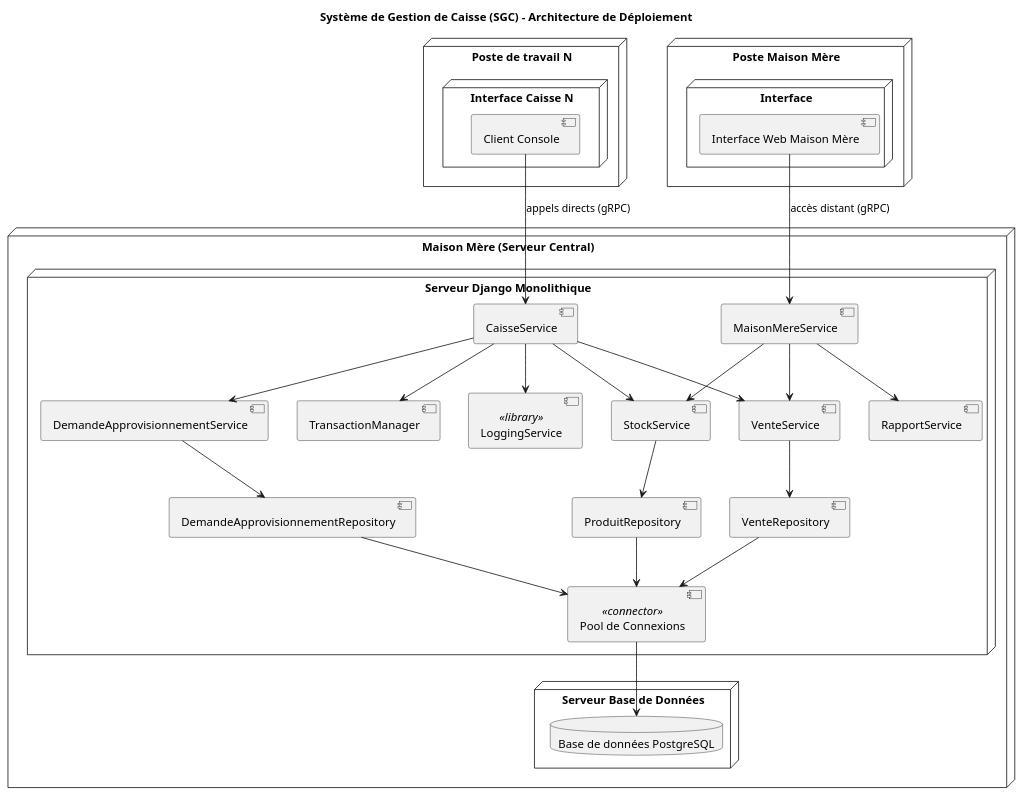
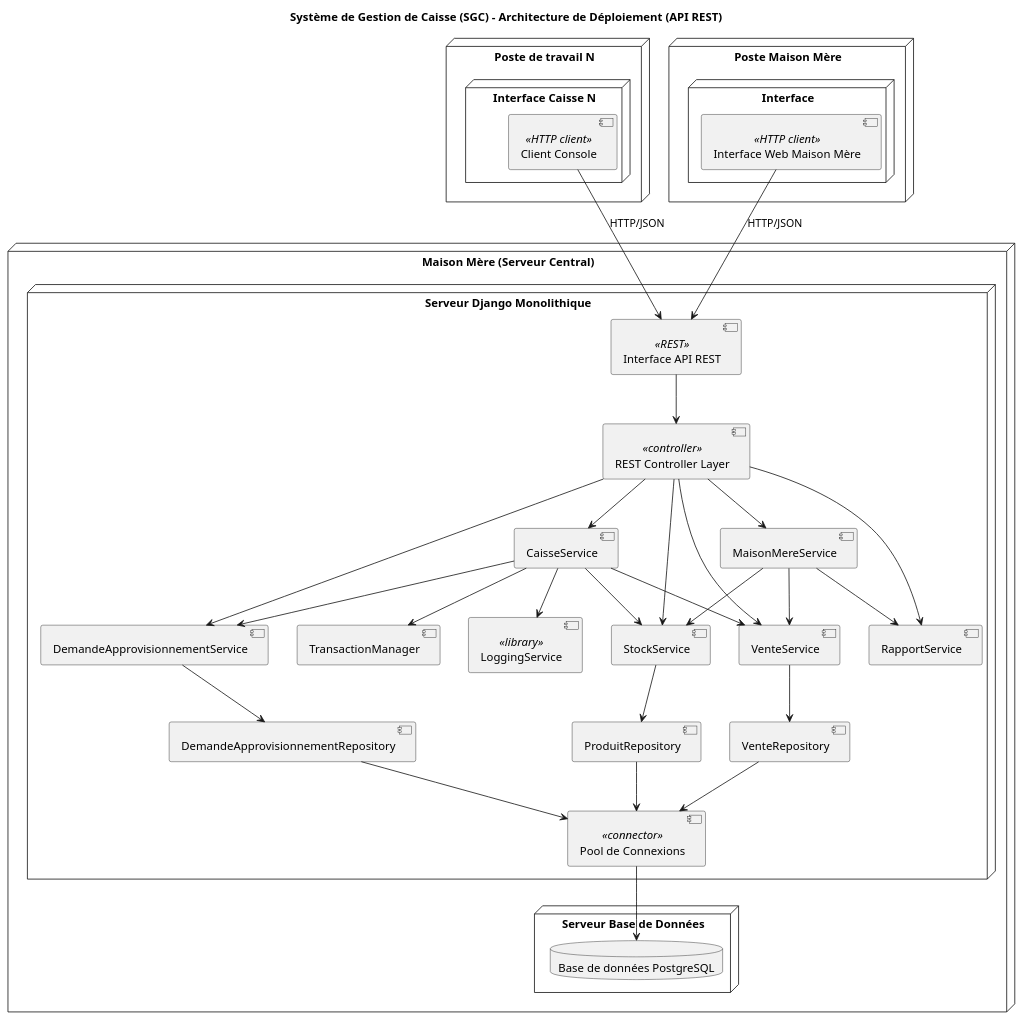
Before and after one commit to NathanGasseau/LOG430-01-Labo-03: the diagram in docs/UML/DiagrammeDeDeploiement/DD.puml, drawn with PlantUML. The commit also changed other lines of this file and 13 other files, not shown here.

```diff
--- a/docs/UML/DiagrammeDeDeploiement/DD.puml
+++ b/docs/UML/DiagrammeDeDeploiement/DD.puml
@@ -1,61 +1,72 @@
 @startuml SGC
 
-title Système de Gestion de Caisse (SGC) - Architecture de Déploiement
+title Système de Gestion de Caisse (SGC) - Architecture de Déploiement (API REST)
 
 node "Maison Mère (Serveur Central)" {
   node "Serveur Django Monolithique" {
+    component "Interface API REST" <<REST>>
+    component "REST Controller Layer" <<controller>>
+
     component "CaisseService"
     component "MaisonMereService"
     component "StockService"
     component "VenteService"
     component "DemandeApprovisionnementService"
     component "RapportService"
-    
+
     component "ProduitRepository"
     component "VenteRepository"
     component "DemandeApprovisionnementRepository"
     component "TransactionManager"
     component "LoggingService" <<library>>
     component "Pool de Connexions" <<connector>>
   }
 
   node "Serveur Base de Données" {
     database "Base de données PostgreSQL" as DB
   }
 }
 
 node "Poste de travail N" {
   node "Interface Caisse N" {
-    component "Client Console"
+    component "Client Console" <<HTTP client>>
   }
 }
 
 node "Poste Maison Mère" {
   node "Interface" {
-    component "Interface Web Maison Mère"
+    component "Interface Web Maison Mère" <<HTTP client>>
   }
 }
 
-"Client Console" --> "CaisseService" : appels directs (gRPC)
-"Interface Web Maison Mère" --> "MaisonMereService" : accès distant (gRPC)
+"Client Console" --> "Interface API REST" : HTTP/JSON
+"Interface Web Maison Mère" --> "Interface API REST" : HTTP/JSON
+
+"Interface API REST" --> "REST Controller Layer"
+"REST Controller Layer" --> "CaisseService"
+"REST Controller Layer" --> "MaisonMereService"
+"REST Controller Layer" --> "StockService"
+"REST Controller Layer" --> "VenteService"
+"REST Controller Layer" --> "DemandeApprovisionnementService"
+"REST Controller Layer" --> "RapportService"
 
 "CaisseService" --> "StockService"
 "CaisseService" --> "VenteService"
 "CaisseService" --> "DemandeApprovisionnementService"
 "CaisseService" --> "TransactionManager"
 "CaisseService" --> "LoggingService"
 
 "MaisonMereService" --> "StockService"
 "MaisonMereService" --> "VenteService"
 "MaisonMereService" --> "RapportService"
 
 "StockService" --> "ProduitRepository"
 "VenteService" --> "VenteRepository"
 "DemandeApprovisionnementService" --> "DemandeApprovisionnementRepository"
 
 "ProduitRepository" --> "Pool de Connexions"
 "VenteRepository" --> "Pool de Connexions"
 "DemandeApprovisionnementRepository" --> "Pool de Connexions"
 "Pool de Connexions" --> DB
 
 @enduml
```
